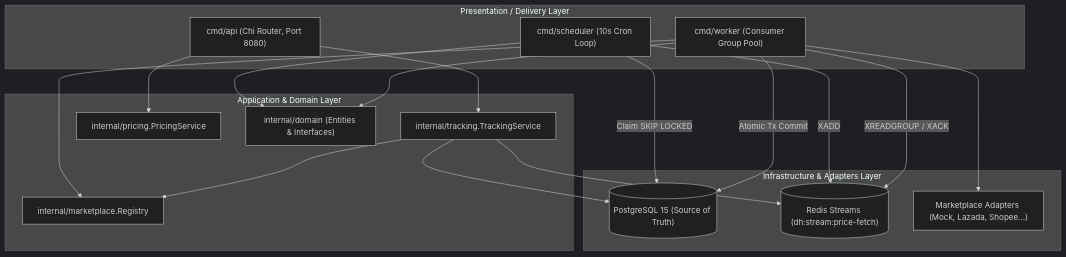
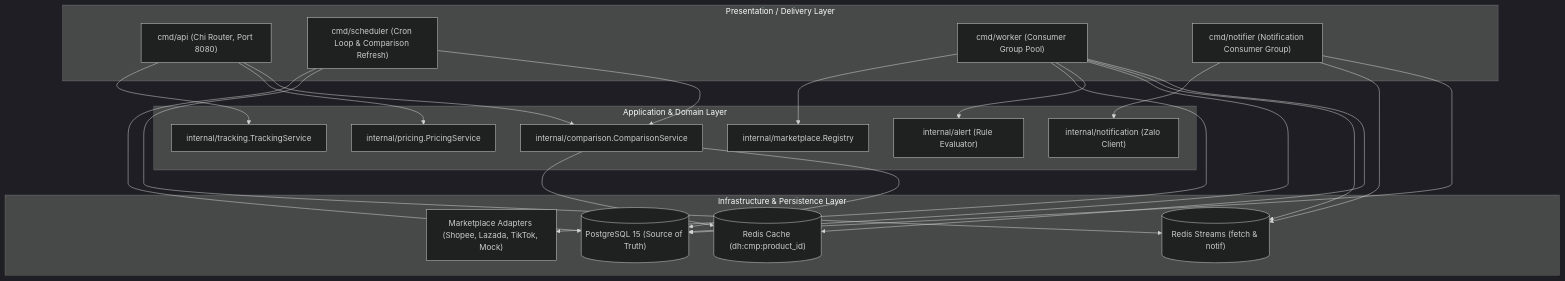
One commit to tiendn1408/dealhunter changed the diagram in docs/architecture/overview.md. Above: the diagram before and after it, drawn with Mermaid (dark theme). The commit also changed other lines of this file and 55 other files, not shown here.

First line of the commit message:
feat(notification): implement notifier service for Zalo notifications

````diff
--- a/docs/architecture/overview.md
+++ b/docs/architecture/overview.md
@@ -18,38 +18,47 @@
 ```mermaid
 flowchart TD
-    subgraph Presentation ["Presentation / Delivery Layer"]
+    subgraph Delivery ["Presentation / Delivery Layer"]
         API["cmd/api (Chi Router, Port 8080)"]
-        Scheduler["cmd/scheduler (10s Cron Loop)"]
+        Scheduler["cmd/scheduler (Cron Loop & Comparison Refresh)"]
         Worker["cmd/worker (Consumer Group Pool)"]
+        Notifier["cmd/notifier (Notification Consumer Group)"]
     end
 
-    subgraph Core ["Application & Domain Layer"]
+    subgraph Application ["Application & Domain Layer"]
         TrackingSvc["internal/tracking.TrackingService"]
         PricingSvc["internal/pricing.PricingService"]
-        Domain["internal/domain (Entities & Interfaces)"]
+        ComparisonSvc["internal/comparison.ComparisonService"]
+        AlertEngine["internal/alert (Rule Evaluator)"]
+        NotifSvc["internal/notification (Zalo Client)"]
         Registry["internal/marketplace.Registry"]
     end
 
-    subgraph Infrastructure ["Infrastructure & Adapters Layer"]
+    subgraph Storage ["Infrastructure & Persistence Layer"]
         PG[("PostgreSQL 15 (Source of Truth)")]
-        RedisStream[("Redis Streams (dh:stream:price-fetch)")]
-        Adapters["Marketplace Adapters (Mock, Lazada, Shopee...)"]
+        RedisStream[("Redis Streams (fetch & notif)")]
+        RedisCache[("Redis Cache (dh:cmp:product_id)")]
+        Adapters["Marketplace Adapters (Shopee, Lazada, TikTok, Mock)"]
     end
 
     API --> TrackingSvc
     API --> PricingSvc
-    Scheduler --> Domain
-    Worker --> Domain
+    API --> ComparisonSvc
+
+    Scheduler --> PG
+    Scheduler --> RedisStream
+    Scheduler --> ComparisonSvc
+
     Worker --> Registry
+    Worker --> Adapters
+    Worker --> AlertEngine
+    Worker --> PG
+    Worker --> RedisStream
+    Worker --> RedisCache
 
-    TrackingSvc --> PG
-    TrackingSvc --> RedisStream
-    TrackingSvc --> Registry
+    Notifier --> NotifSvc
+    Notifier --> RedisStream
+    Notifier --> PG
 
-    Scheduler -->|Claim SKIP LOCKED| PG
-    Scheduler -->|XADD| RedisStream
-
-    Worker -->|XREADGROUP / XACK| RedisStream
-    Worker --> Adapters
-    Worker -->|Atomic Tx Commit| PG
+    ComparisonSvc --> RedisCache
+    ComparisonSvc --> PG
 ```
````
